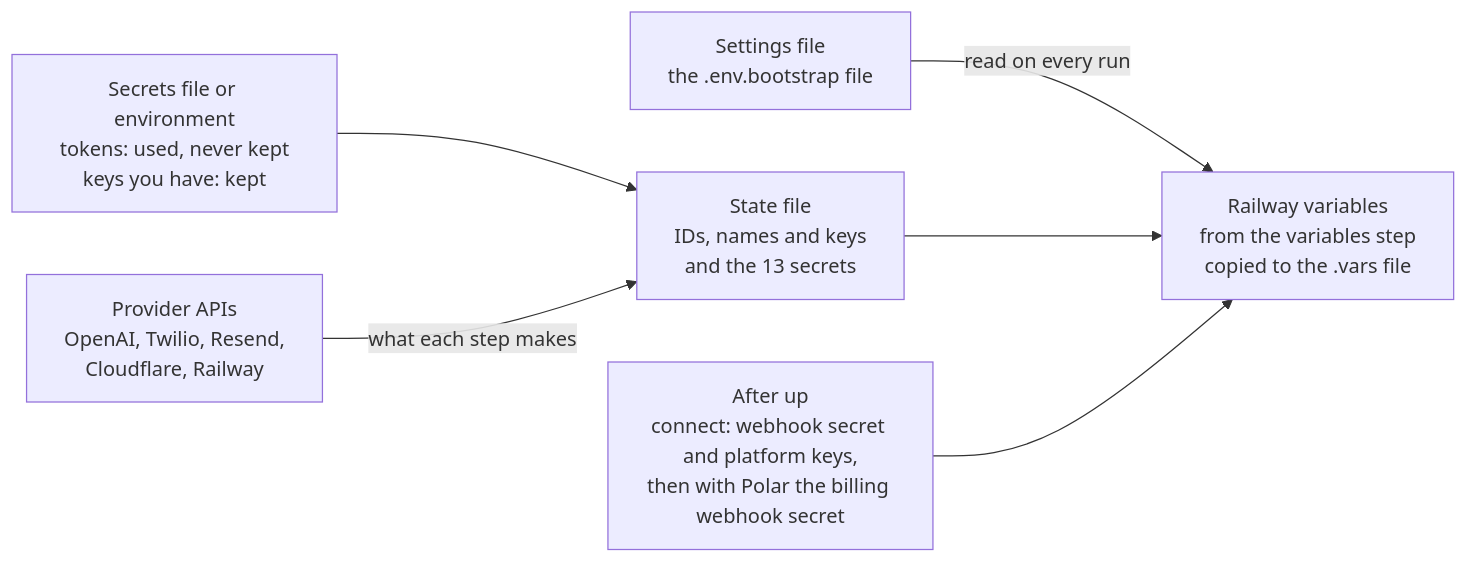
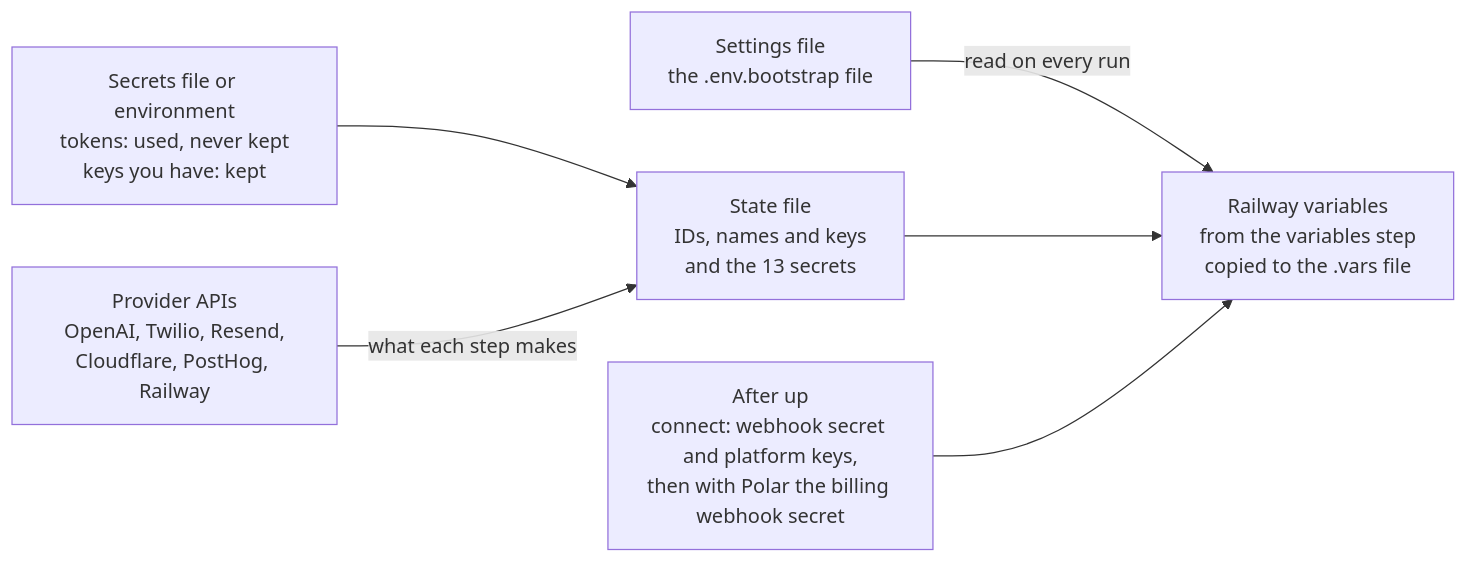
The diagram in docs/deployment/bootstrap-variables.md (devresponse/lobbystack), drawn with Mermaid before and after one commit. The commit also changed other lines of this file and 11 other files, not shown here.

````diff
--- a/docs/deployment/bootstrap-variables.md
+++ b/docs/deployment/bootstrap-variables.md
@@ -9,14 +9,14 @@
 ```mermaid
 flowchart LR
   settingsFile["Settings file<br/>the .env.bootstrap file"]
   secretsFile["Secrets file or environment<br/>tokens: used, never kept<br/>keys you have: kept"]
-  providerApis["Provider APIs<br/>OpenAI, Twilio, Resend,<br/>Cloudflare, Railway"]
+  providerApis["Provider APIs<br/>OpenAI, Twilio, Resend,<br/>Cloudflare, PostHog, Railway"]
   stateFile["State file<br/>IDs, names and keys<br/>and the 13 secrets"]
   railwayVars["Railway variables<br/>from the variables step<br/>copied to the .vars file"]
   afterUp["After up<br/>connect: webhook secret and platform keys,<br/>then with Polar the billing webhook secret"]
   settingsFile -->|read on every run| railwayVars
   secretsFile --> stateFile
   providerApis -->|what each step makes| stateFile
   stateFile --> railwayVars
   afterUp --> railwayVars
 ```
````
